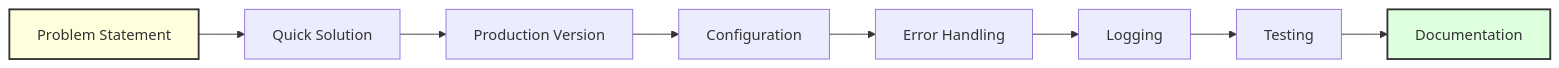
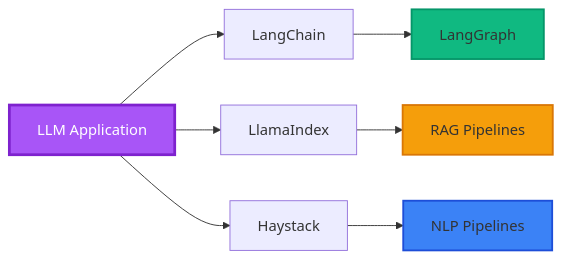
The third of 4 diagrams in README.md (umitkacar/Problem-Solving-Code-Snippets-Resource-Curation), drawn with Mermaid before and after one commit. The commit also changed other lines of this file, not shown here.

````diff
--- a/README.md
+++ b/README.md
@@ -430,13 +356,14 @@
 ```mermaid
 graph LR
-    A[Problem Statement] --> B[Quick Solution]
-    B --> C[Production Version]
-    C --> D[Configuration]
-    D --> E[Error Handling]
-    E --> F[Logging]
-    F --> G[Testing]
-    G --> H[Documentation]
-    
-    style A fill:#ffd,stroke:#333,stroke-width:2px
-    style H fill:#dfd,stroke:#333,stroke-width:2px
+    A[LLM Application] --> B[LangChain]
+    A --> C[LlamaIndex]
+    A --> D[Haystack]
+    B --> E[LangGraph]
+    C --> F[RAG Pipelines]
+    D --> G[NLP Pipelines]
+
+    style A fill:#a855f7,stroke:#7e22ce,stroke-width:3px,color:#fff
+    style E fill:#10b981,stroke:#059669,stroke-width:2px
+    style F fill:#f59e0b,stroke:#d97706,stroke-width:2px
+    style G fill:#3b82f6,stroke:#1d4ed8,stroke-width:2px
 ```
````
